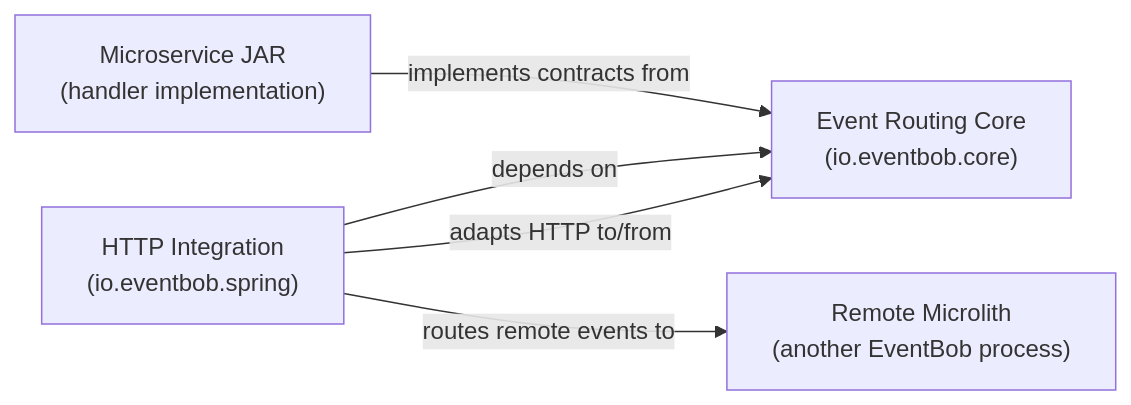
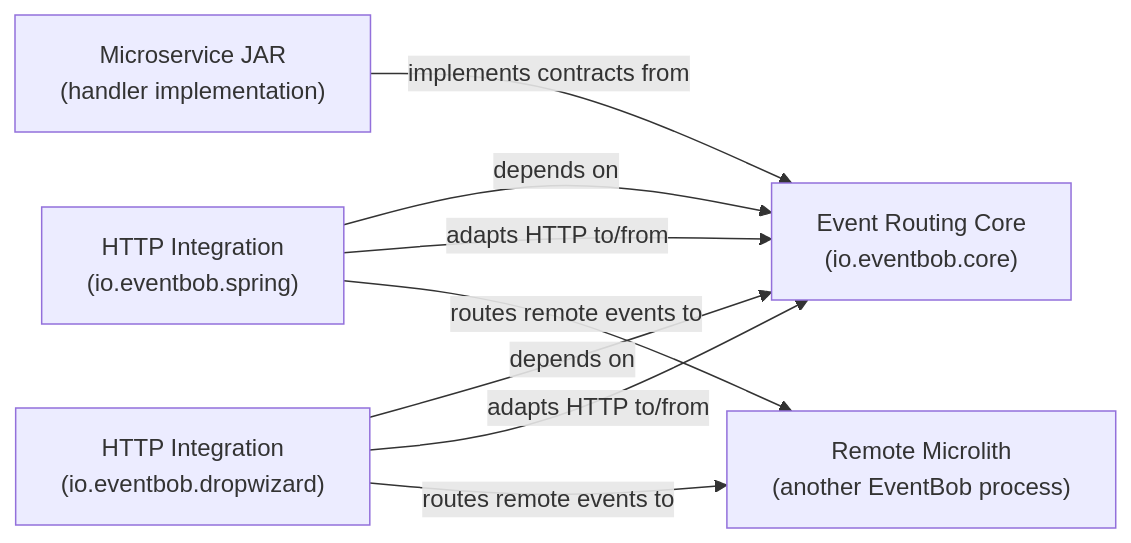
The first of 2 diagrams in docs/domain_spec.md (dinoo333/EventBob), drawn with Mermaid before and after one commit. The commit also changed other lines of this file and 7 other files, not shown here.

Commit message:
Adding dropwizard microlith sample app to documentation. (#6)

````diff
--- a/docs/domain_spec.md
+++ b/docs/domain_spec.md
@@ -71,12 +71,16 @@
 ```mermaid
 graph LR
   Core["Event Routing Core\n(io.eventbob.core)"]
   Spring["HTTP Integration\n(io.eventbob.spring)"]
+  Dropwizard["HTTP Integration\n(io.eventbob.dropwizard)"]
   HandlerJAR["Microservice JAR\n(handler implementation)"]
   RemoteMicrolith["Remote Microlith\n(another EventBob process)"]
 
   Spring -->|depends on| Core
   HandlerJAR -->|implements contracts from| Core
   Spring -->|adapts HTTP to/from| Core
   Spring -->|routes remote events to| RemoteMicrolith
+  Dropwizard -->|depends on| Core
+  Dropwizard -->|adapts HTTP to/from| Core
+  Dropwizard -->|routes remote events to| RemoteMicrolith
 ```
````
